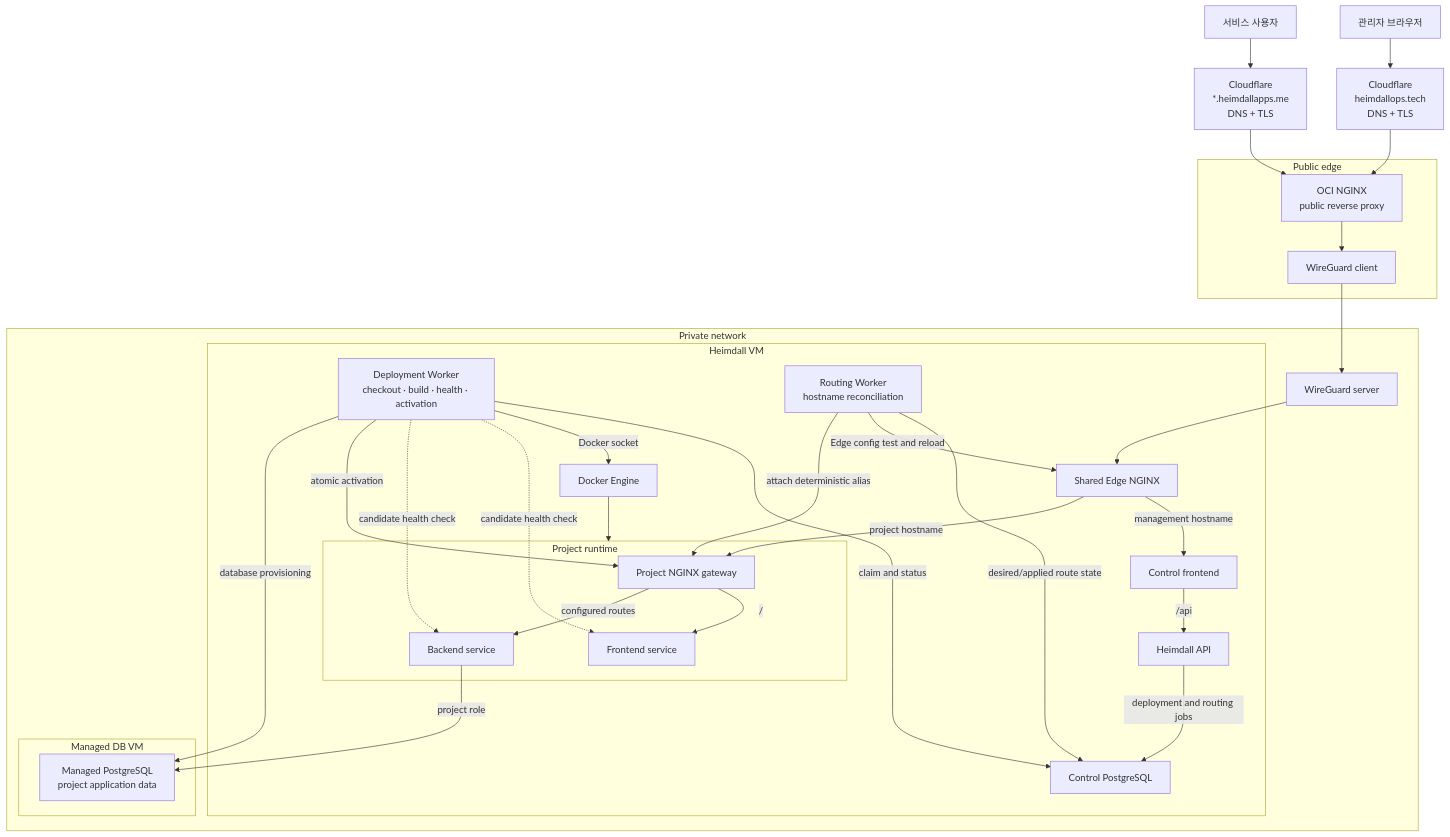
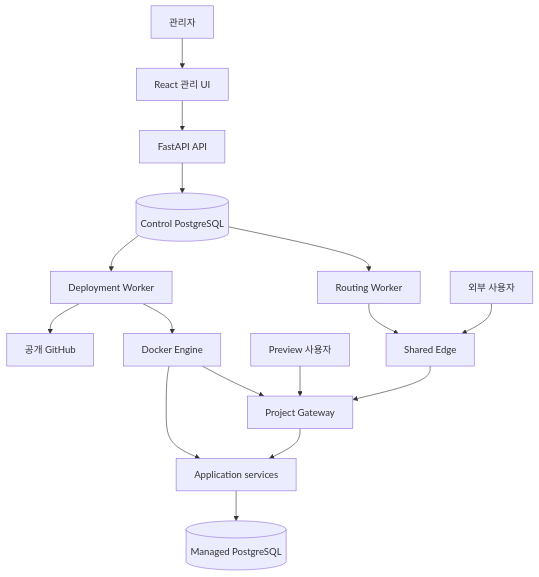
The third of 3 diagrams in README.md (CodingPenguin-yoon/heimdall_final), drawn with Mermaid before and after one commit. The commit also changed other lines of this file and 6 other files, not shown here.

````diff
--- a/README.md
+++ b/README.md
@@ -70,66 +127,22 @@
 ```mermaid
 flowchart TB
-    Admin["관리자 브라우저"]
-    Visitor["서비스 사용자"]
+    Admin["관리자"] --> UI["React 관리 UI"]
+    UI --> API["FastAPI API"]
+    API --> ControlDB[(Control PostgreSQL)]
 
-    ManagementDNS["Cloudflare<br/>heimdallops.tech<br/>DNS + TLS"]
-    ApplicationDNS["Cloudflare<br/>*.heimdallapps.me<br/>DNS + TLS"]
+    ControlDB --> DeploymentWorker["Deployment Worker"]
+    ControlDB --> RoutingWorker["Routing Worker"]
 
-    subgraph PublicEdge["Public edge"]
-        ReverseProxy["OCI NGINX<br/>public reverse proxy"]
-        TunnelClient["WireGuard client"]
-    end
+    DeploymentWorker --> GitHub["공개 GitHub"]
+    DeploymentWorker --> Docker["Docker Engine"]
+    Docker --> Services["Application services"]
+    Docker --> Gateway["Project Gateway"]
+    Gateway --> Services
 
-    subgraph PrivateNetwork["Private network"]
-        TunnelServer["WireGuard server"]
+    RoutingWorker --> Edge["Shared Edge"]
+    PreviewUser["Preview 사용자"] --> Gateway
+    PublicUser["외부 사용자"] --> Edge
+    Edge --> Gateway
 
-        subgraph HeimdallHost["Heimdall VM"]
-            Edge["Shared Edge NGINX"]
-            ControlFrontend["Control frontend"]
-            API["Heimdall API"]
-            DeploymentWorker["Deployment Worker<br/>checkout · build · health · activation"]
-            RoutingWorker["Routing Worker<br/>hostname reconciliation"]
-            ControlDB["Control PostgreSQL"]
-            Docker["Docker Engine"]
-
-            subgraph ProjectRuntime["Project runtime"]
-                Gateway["Project NGINX gateway"]
-                FrontendService["Frontend service"]
-                BackendService["Backend service"]
-            end
-        end
-
-        subgraph ManagedDatabaseHost["Managed DB VM"]
-            ManagedDB["Managed PostgreSQL<br/>project application data"]
-        end
-    end
-
-    Admin --> ManagementDNS
-    Visitor --> ApplicationDNS
-    ManagementDNS --> ReverseProxy
-    ApplicationDNS --> ReverseProxy
-    ReverseProxy --> TunnelClient --> TunnelServer --> Edge
-
-    Edge -->|"management hostname"| ControlFrontend
-    ControlFrontend -->|"/api"| API
-
-    Edge -->|"project hostname"| Gateway
-    Gateway -->|"/"| FrontendService
-    Gateway -->|"configured routes"| BackendService
-
-    API -->|"deployment and routing jobs"| ControlDB
-    DeploymentWorker -->|"claim and status"| ControlDB
-    RoutingWorker -->|"desired/applied route state"| ControlDB
-
-    DeploymentWorker -->|"Docker socket"| Docker
-    Docker --> ProjectRuntime
-    DeploymentWorker -.->|"candidate health check"| FrontendService
-    DeploymentWorker -.->|"candidate health check"| BackendService
-    DeploymentWorker -->|"atomic activation"| Gateway
-
-    RoutingWorker -->|"Edge config test and reload"| Edge
-    RoutingWorker -->|"attach deterministic alias"| Gateway
-
-    BackendService -->|"project role"| ManagedDB
-    DeploymentWorker -->|"database provisioning"| ManagedDB
+    Services --> ManagedDB[(Managed PostgreSQL)]
 ```
````
